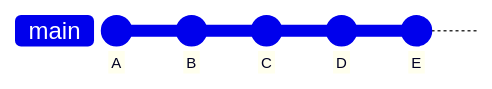
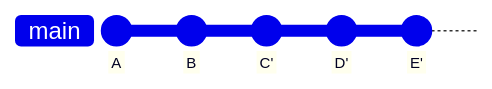
Before and after one commit to kwaka1208/zenn: the fourth of 5 diagrams in books/git-github-tutorial/13_pull-request.md, drawn with Mermaid. The commit also changed other lines of this file and 17 other files, not shown here.

````diff
--- a/books/git-github-tutorial/13_pull-request.md
+++ b/books/git-github-tutorial/13_pull-request.md
@@ -255,9 +262,9 @@
 ```mermaid
 %%{init: {'gitGraph': {'rotateCommitLabel': false}}}%%
 gitGraph
     commit id: "A"
     commit id: "B"
-    commit id: "C"
-    commit id: "D"
-    commit id: "E"
+    commit id: "C'"
+    commit id: "D'"
+    commit id: "E'"
 ```
````
